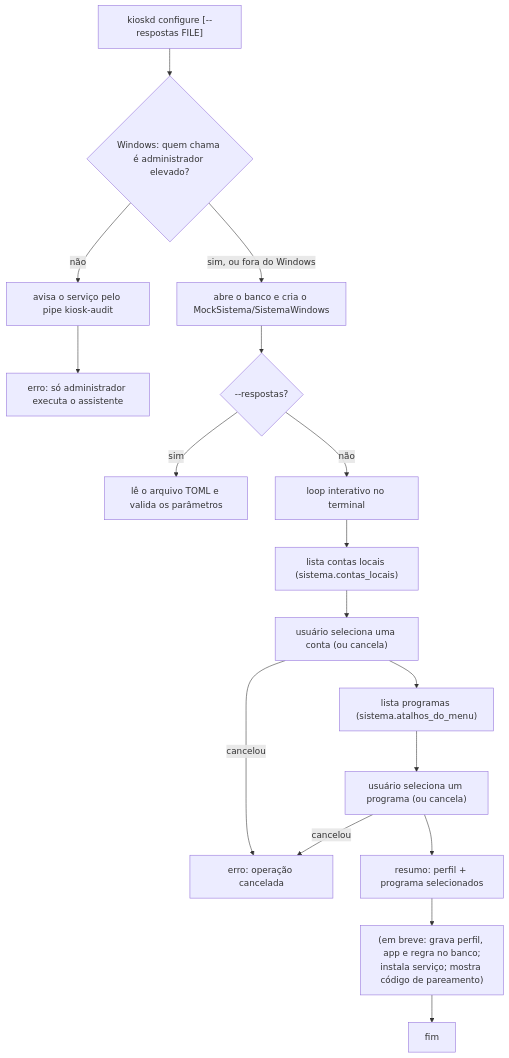
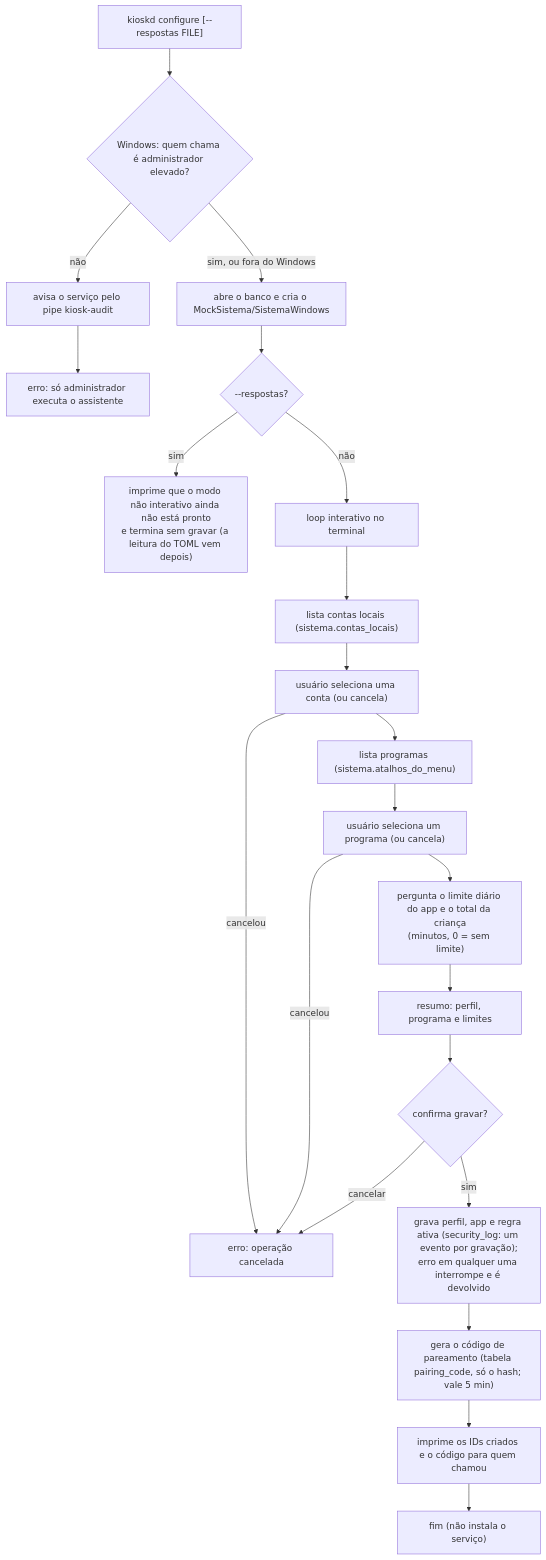
Before and after one commit to jefersonlop3s/kiosk-engine: the fourth of 34 diagrams in docs/architecture/fluxos-dos-comandos.md, drawn with Mermaid. The commit also changed 7 other files, not shown here.

````diff
--- a/docs/architecture/fluxos-dos-comandos.md
+++ b/docs/architecture/fluxos-dos-comandos.md
@@ -94,19 +94,24 @@
 ```mermaid
 flowchart TD
     A["kioskd configure [--respostas FILE]"] --> W{"Windows: quem chama é administrador elevado?"}
     W -->|não| X["avisa o serviço pelo pipe kiosk-audit"]
     X --> E1["erro: só administrador executa o assistente"]
     W -->|"sim, ou fora do Windows"| B["abre o banco e cria o MockSistema/SistemaWindows"]
     B --> C{"--respostas?"}
-    C -->|sim| D["lê o arquivo TOML e valida os parâmetros"]
+    C -->|sim| D["imprime que o modo não interativo ainda não está pronto<br/>e termina sem gravar (a leitura do TOML vem depois)"]
     C -->|não| E["loop interativo no terminal"]
     E --> F["lista contas locais (sistema.contas_locais)"]
     F --> G["usuário seleciona uma conta (ou cancela)"]
     G -->|cancelou| Z["erro: operação cancelada"]
     G --> H["lista programas (sistema.atalhos_do_menu)"]
     H --> I["usuário seleciona um programa (ou cancela)"]
     I -->|cancelou| Z
-    I --> J["resumo: perfil + programa selecionados"]
-    J --> K["(em breve: grava perfil, app e regra no banco;<br/>instala serviço; mostra código de pareamento)"]
-    K --> L["fim"]
+    I --> J1["pergunta o limite diário do app e o total da criança<br/>(minutos, 0 = sem limite)"]
+    J1 --> J["resumo: perfil, programa e limites"]
+    J --> J2{"confirma gravar?"}
+    J2 -->|cancelar| Z
+    J2 -->|sim| K["grava perfil, app e regra ativa (security_log: um evento por gravação);<br/>erro em qualquer uma interrompe e é devolvido"]
+    K --> P["gera o código de pareamento (tabela pairing_code, só o hash; vale 5 min)"]
+    P --> M["imprime os IDs criados e o código para quem chamou"]
+    M --> L["fim (não instala o serviço)"]
 ```
````
